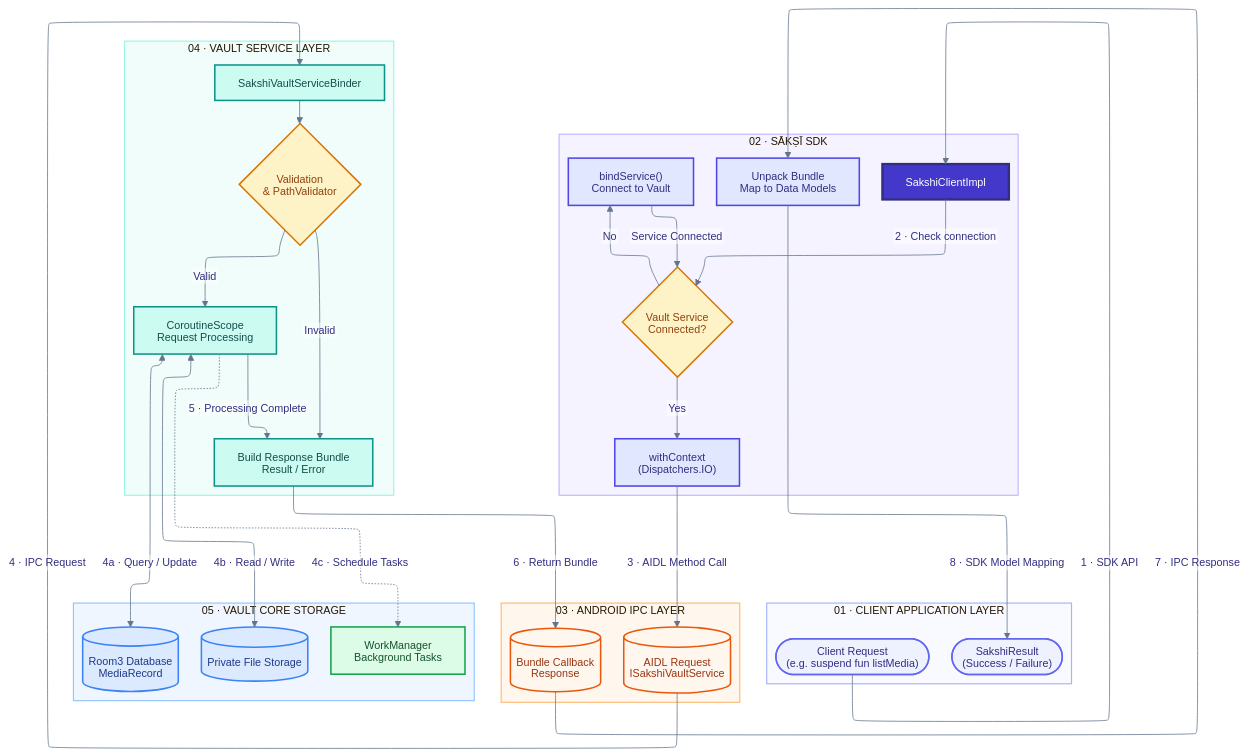
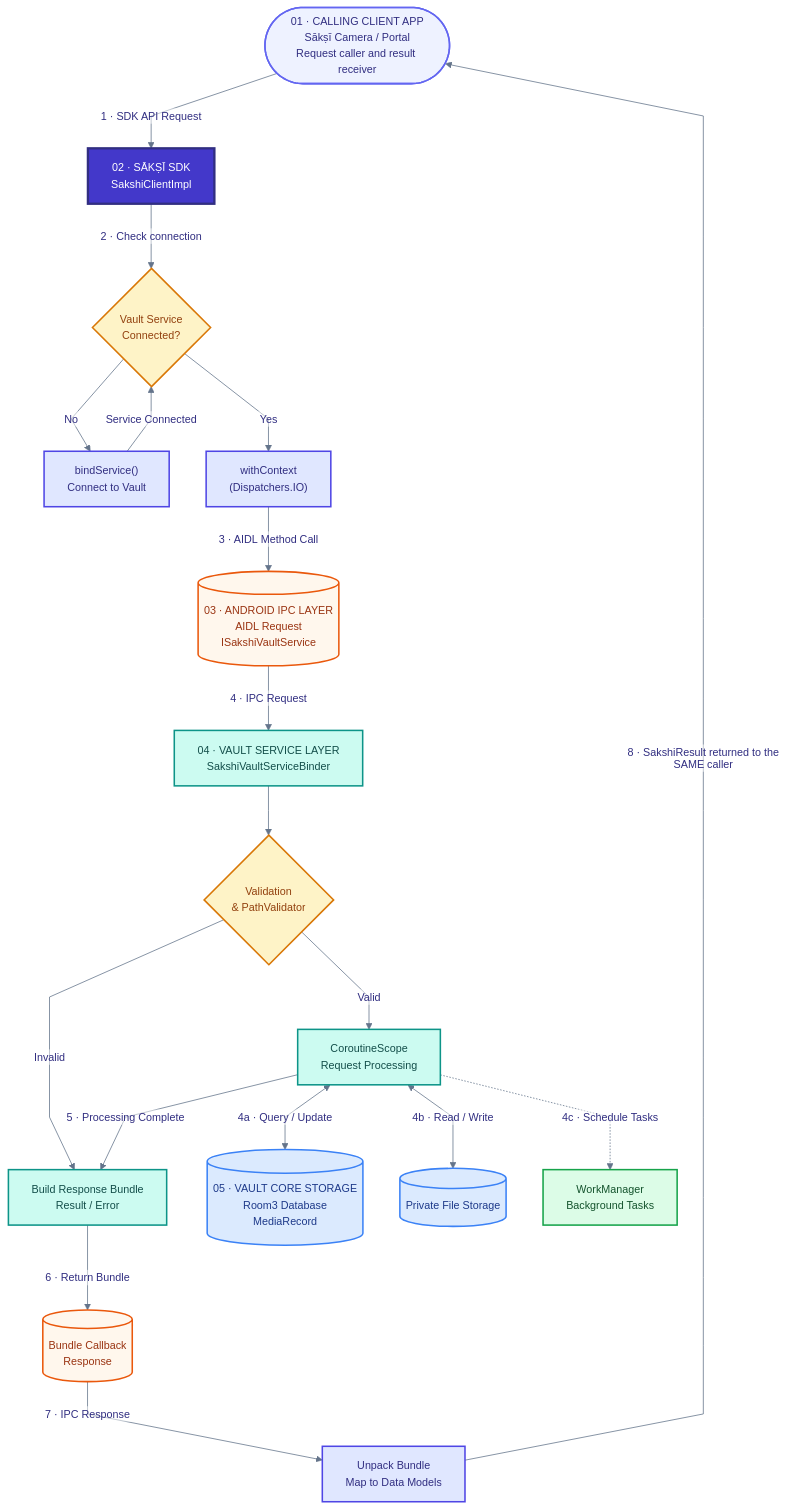
Before and after one commit to RajnishKMehta/Sakshi-All: the diagram in 00_docs/developer-guide/concepts/architecture-flow.md, drawn with Mermaid. The commit also changed other lines of this file, not shown here.

````diff
--- a/00_docs/developer-guide/concepts/architecture-flow.md
+++ b/00_docs/developer-guide/concepts/architecture-flow.md
@@ -5,12 +5,7 @@
 ```mermaid
 ---
 config:
-  layout: elk
   theme: base
-  look: classic
-  fontFamily: "Inter, Arial, sans-serif"
-  htmlLabels: false
-
   themeVariables:
     background: "#F8FAFC"
     primaryColor: "#EEF2FF"
@@ -22,65 +17,45 @@
     lineColor: "#64748B"
     textColor: "#1E293B"
     edgeLabelBackground: "#FFFFFF"
-    clusterBkg: "#FFFFFF"
-    clusterBorder: "#CBD5E1"
-    nodeTextColor: "#1E293B"
-    defaultLinkColor: "#64748B"
     fontSize: "14px"
+    fontFamily: "Inter, Arial, sans-serif"
+  flowchart:
+    nodeSpacing: 48
+    rankSpacing: 64
+    diagramPadding: 20
+    curve: linear
+    htmlLabels: false
+---
+flowchart TB
 
-  flowchart:
-    nodeSpacing: 55
-    rankSpacing: 75
-    diagramPadding: 24
-    curve: basis
-    inheritDir: true
+    %% THE SAME CLIENT APP STARTS THE REQUEST AND RECEIVES THE RESULT
+    ClientApp(["01 · CALLING CLIENT APP<br/>Sākṣī Camera / Portal<br/>Request caller and result receiver"])
 
----
-flowchart TD
+    %% SĀKṢĪ SDK
+    SakshiClient["02 · SĀKṢĪ SDK<br/>SakshiClientImpl"]
+    CheckConn{"Vault Service<br/>Connected?"}
+    BindService["bindService()<br/>Connect to Vault"]
+    DispatchIO["withContext<br/>(Dispatchers.IO)"]
+    Unpack["Unpack Bundle<br/>Map to Data Models"]
 
-    %% 1. CLIENT APPLICATION LAYER
-    subgraph ClientLayer["01 · CLIENT APPLICATION LAYER"]
-        direction LR
-        ClientReq(["Client Request<br/>(e.g. suspend fun listMedia)"])
-        ClientRes(["SakshiResult<br/>(Success / Failure)"])
-    end
 
-    %% 2. SDK LAYER
-    subgraph SDKLayer["02 · SĀKṢĪ SDK"]
-        direction TB
-        SakshiClient["SakshiClientImpl"]
-        CheckConn{"Vault Service<br/>Connected?"}
-        BindService["bindService()<br/>Connect to Vault"]
-        DispatchIO["withContext<br/>(Dispatchers.IO)"]
-        Unpack["Unpack Bundle<br/>Map to Data Models"]
-    end
+    %% ANDROID IPC
+    BinderReq[("03 · ANDROID IPC LAYER<br/>AIDL Request<br/>ISakshiVaultService")]
+    BinderRes[("Bundle Callback<br/>Response")]
 
-    %% 3. ANDROID IPC LAYER
-    subgraph OS["03 · ANDROID IPC LAYER"]
-        direction LR
-        BinderReq[("AIDL Request<br/>ISakshiVaultService")]
-        BinderRes[("Bundle Callback<br/>Response")]
-    end
+    %% VAULT SERVICE
+    VaultBinder["04 · VAULT SERVICE LAYER<br/>SakshiVaultServiceBinder"]
+    Validate{"Validation<br/>& PathValidator"}
+    Processing["CoroutineScope<br/>Request Processing"]
+    PackBundle["Build Response Bundle<br/>Result / Error"]
 
-    %% 4. VAULT SERVICE LAYER
-    subgraph VaultLayer["04 · VAULT SERVICE LAYER"]
-        direction TB
-        VaultBinder["SakshiVaultServiceBinder"]
-        Validate{"Validation<br/>& PathValidator"}
-        Processing["CoroutineScope<br/>Request Processing"]
-        PackBundle["Build Response Bundle<br/>Result / Error"]
-    end
-
-    %% 5. CORE STORAGE LAYER
-    subgraph StorageLayer["05 · VAULT CORE STORAGE"]
-        direction LR
-        DB[("Room3 Database<br/>MediaRecord")]
-        FileStore[("Private File Storage")]
-        WorkManager["WorkManager<br/>Background Tasks"]
-    end
+    %% VAULT CORE STORAGE
+    DB[("05 · VAULT CORE STORAGE<br/>Room3 Database<br/>MediaRecord")]
+    FileStore[("Private File Storage")]
+    WorkManager["WorkManager<br/>Background Tasks"]
 
     %% REQUEST FLOW
-    ClientReq -->|"1 · SDK API"| SakshiClient
+    ClientApp -->|"1 · SDK API Request"| SakshiClient
     SakshiClient -->|"2 · Check connection"| CheckConn
 
     CheckConn -->|"No"| BindService
@@ -92,20 +67,18 @@
 
     %% VAULT PROCESSING
     VaultBinder --> Validate
-
     Validate -->|"Valid"| Processing
     Validate -->|"Invalid"| PackBundle
 
     Processing <-->|"4a · Query / Update"| DB
     Processing <-->|"4b · Read / Write"| FileStore
     Processing -.->|"4c · Schedule Tasks"| WorkManager
-
     Processing -->|"5 · Processing Complete"| PackBundle
 
     %% RESPONSE FLOW
     PackBundle -->|"6 · Return Bundle"| BinderRes
     BinderRes -->|"7 · IPC Response"| Unpack
-    Unpack -->|"8 · SDK Model Mapping"| ClientRes
+    Unpack -->|"8 · SakshiResult returned to the SAME caller"| ClientApp
 
     %% NODE STYLES
     classDef client fill:#EEF2FF,stroke:#6366F1,stroke-width:2px,color:#312E81
@@ -117,7 +90,7 @@
     classDef storage fill:#DBEAFE,stroke:#3B82F6,stroke-width:2px,color:#1E3A8A
     classDef background fill:#DCFCE7,stroke:#16A34A,stroke-width:2px,color:#14532D
 
-    class ClientReq,ClientRes client
+    class ClientApp client
     class SakshiClient sdkCore
     class BindService,DispatchIO,Unpack sdk
     class CheckConn,Validate decision
@@ -125,11 +98,4 @@
     class VaultBinder,Processing,PackBundle vault
     class DB,FileStore storage
     class WorkManager background
-
-    %% LAYER STYLES
-    style ClientLayer fill:#F8FAFF,stroke:#A5B4FC,stroke-width:1.5px,color:#3730A3
-    style SDKLayer fill:#F5F3FF,stroke:#C4B5FD,stroke-width:1.5px,color:#5B21B6
-    style OS fill:#FFF7ED,stroke:#FDBA74,stroke-width:1.5px,color:#9A3412
-    style VaultLayer fill:#F0FDFA,stroke:#99F6E4,stroke-width:1.5px,color:#115E59
-    style StorageLayer fill:#EFF6FF,stroke:#93C5FD,stroke-width:1.5px,color:#1E40AF
 ```
````
